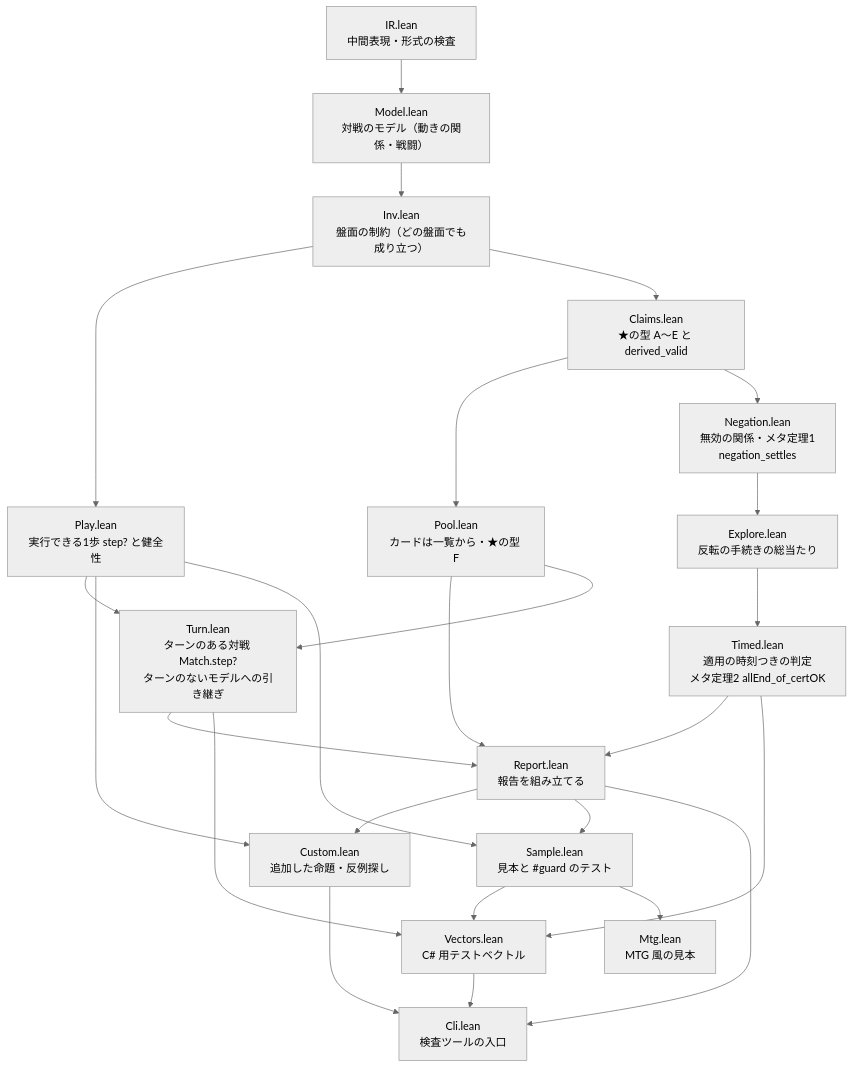
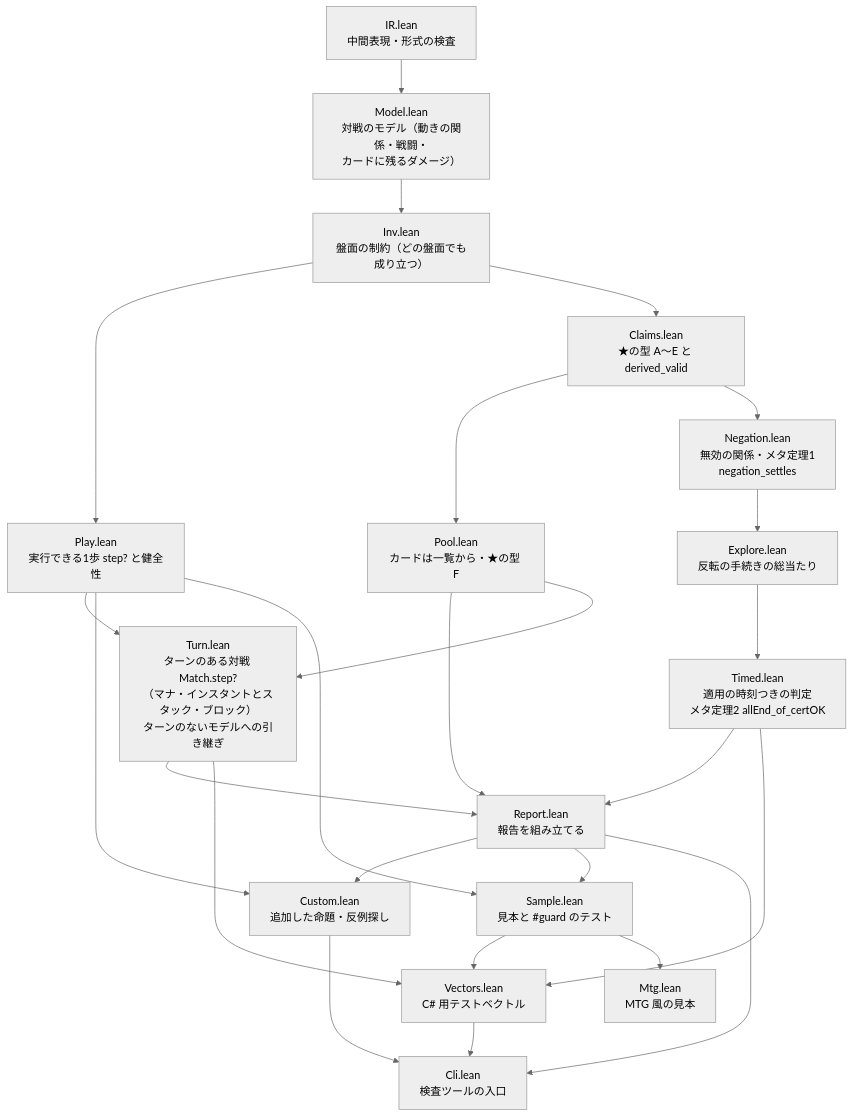
Before and after one commit to kotatu0047/yuugi-lean: the second of 6 diagrams in アーキテクチャ.md, drawn with Mermaid (neutral theme). The commit also changed other lines of this file and 2 other files, not shown here.

````diff
--- a/アーキテクチャ.md
+++ b/アーキテクチャ.md
@@ -53,41 +53,41 @@
 ```mermaid
 flowchart TB
   IR["IR.lean<br/>中間表現・形式の検査"]
-  Model["Model.lean<br/>対戦のモデル（動きの関係・戦闘）"]
+  Model["Model.lean<br/>対戦のモデル（動きの関係・戦闘・<br/>カードに残るダメージ）"]
   Inv["Inv.lean<br/>盤面の制約（どの盤面でも成り立つ）"]
   Play["Play.lean<br/>実行できる1歩 step? と健全性"]
   Claims["Claims.lean<br/>★の型 A〜E と derived_valid"]
   Pool["Pool.lean<br/>カードは一覧から・★の型 F"]
-  Turn["Turn.lean<br/>ターンのある対戦 Match.step?<br/>ターンのないモデルへの引き継ぎ"]
+  Turn["Turn.lean<br/>ターンのある対戦 Match.step?<br/>（マナ・インスタントとスタック・ブロック）<br/>ターンのないモデルへの引き継ぎ"]
   Negation["Negation.lean<br/>無効の関係・メタ定理1<br/>negation_settles"]
   Explore["Explore.lean<br/>反転の手続きの総当たり"]
   Timed["Timed.lean<br/>適用の時刻つきの判定<br/>メタ定理2 allEnd_of_certOK"]
   Report["Report.lean<br/>報告を組み立てる"]
   Custom["Custom.lean<br/>追加した命題・反例探し"]
   Sample["Sample.lean<br/>見本と #guard のテスト"]
   Mtg["Mtg.lean<br/>MTG 風の見本"]
   Vectors["Vectors.lean<br/>C# 用テストベクトル"]
   Cli["Cli.lean<br/>検査ツールの入口"]
 
   IR --> Model --> Inv
   Inv --> Play
   Inv --> Claims
   Claims --> Pool
   Claims --> Negation --> Explore --> Timed
   Timed --> Report
   Pool --> Report
   Play --> Turn
   Pool --> Turn
   Turn --> Report
   Turn --> Vectors
   Play --> Custom
   Report --> Custom
   Report --> Sample
   Play --> Sample
   Sample --> Vectors
   Sample --> Mtg
   Timed --> Vectors
   Report --> Cli
   Custom --> Cli
   Vectors --> Cli
 ```
````
